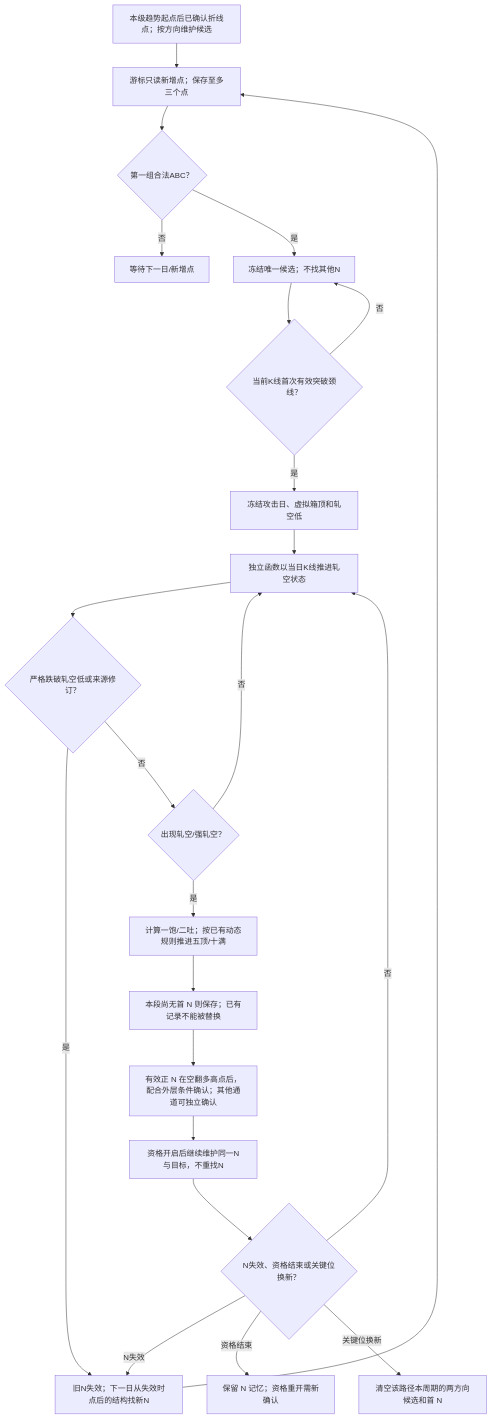
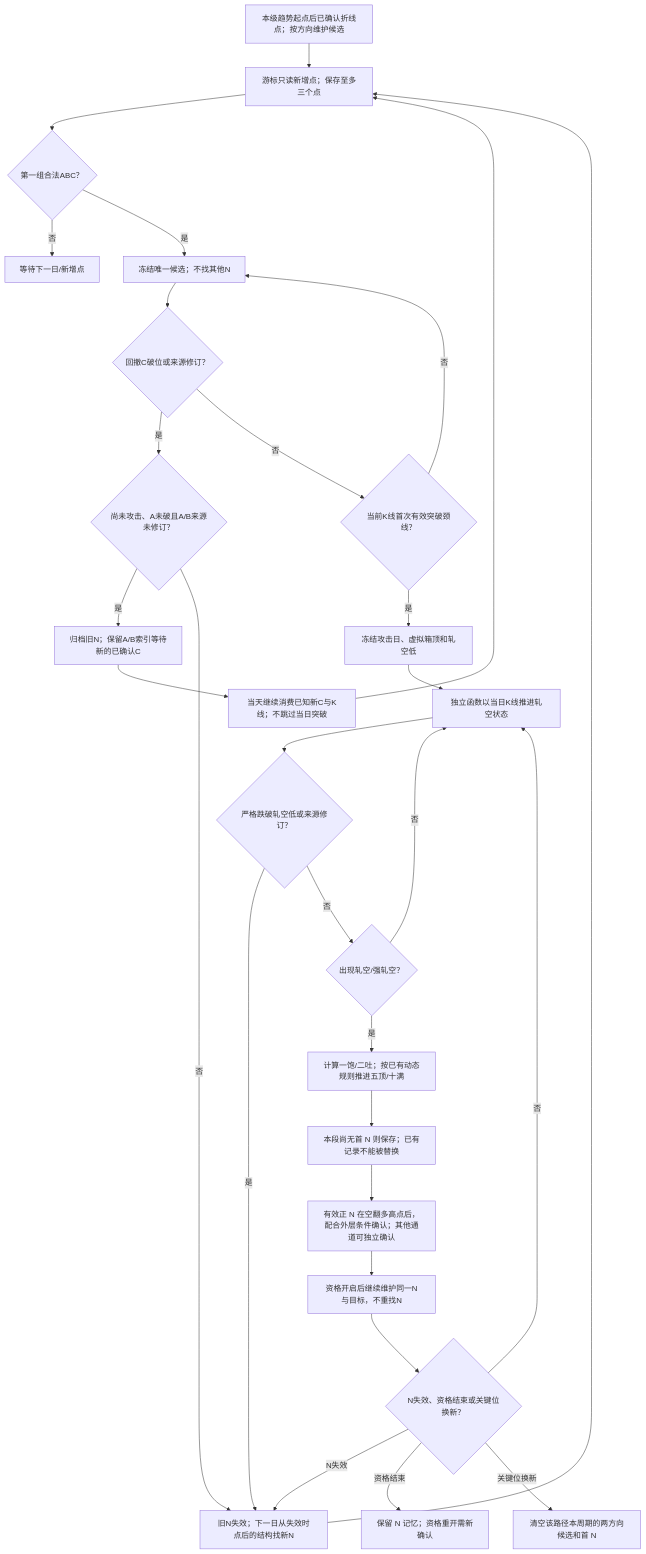
One commit to bobo553/wavequant-monorepo changed the ninth of 25 diagrams in docs/trend-analysis-flow.md. Above: the diagram before and after it, drawn with Mermaid. The commit also changed other lines of this file and 39 other files, not shown here.

````diff
--- a/docs/trend-analysis-flow.md
+++ b/docs/trend-analysis-flow.md
@@ -243,25 +347,32 @@
 ```mermaid
 flowchart TD
     H["本级趋势起点后已确认折线点；按方向维护候选"] --> P["游标只读新增点；保存至多三个点"]
     P --> N{"第一组合法ABC？"}
     N -->|否| NEXT["等待下一日/新增点"]
     N -->|是| HOLD["冻结唯一候选；不找其他N"]
-    HOLD --> ATK{"当前K线首次有效突破颈线？"}
+    HOLD --> CHECK{"回撤C破位或来源修订？"}
+    CHECK -->|是| REPLACE
+    CHECK -->|否| ATK{"当前K线首次有效突破颈线？"}
     ATK -->|否| HOLD
     ATK -->|是| DEF["冻结攻击日、虚拟箱顶和轧空低"]
     DEF --> SQ["独立函数以当日K线推进轧空状态"]
     SQ --> BROKEN{"严格跌破轧空低或来源修订？"}
-    BROKEN -->|是| RETIRE["旧N失效；下一日从失效时点后的结构找新N"]
+    BROKEN -->|是| RETIRE
+    REPLACE{"尚未攻击、A未破且A/B来源未修订？"}
+    REPLACE -->|是| EXTEND["归档旧N；保留A/B索引等待新的已确认C"]
+    EXTEND --> SAME["当天继续消费已知新C与K线；不跳过当日突破"]
+    SAME --> P
+    REPLACE -->|否| RETIRE["旧N失效；下一日从失效时点后的结构找新N"]
     RETIRE --> P
     BROKEN -->|否| CONF{"出现轧空/强轧空？"}
     CONF -->|否| SQ
     CONF -->|是| TARGET["计算一饱/二吐；按已有动态规则推进五顶/十满"]
     TARGET --> SAVE["本段尚无首 N 则保存；已有记录不能被替换"]
     SAVE --> QUAL["有效正 N 在空翻多高点后，配合外层条件确认；其他通道可独立确认"]
     QUAL --> ACTIVE["资格开启后继续维护同一N与目标，不重找N"]
     ACTIVE --> END{"N失效、资格结束或关键位换新？"}
     END -->|否| SQ
     END -->|N失效| RETIRE
     END -->|资格结束| KEEP["保留 N 记忆；资格重开需新确认"]
     END -->|关键位换新| CLEAR["清空该路径本周期的两方向候选和首 N"]
 ```
````
